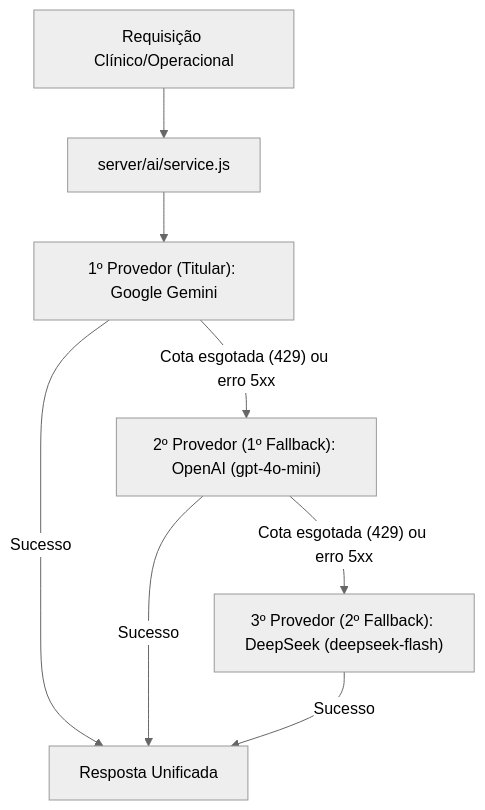
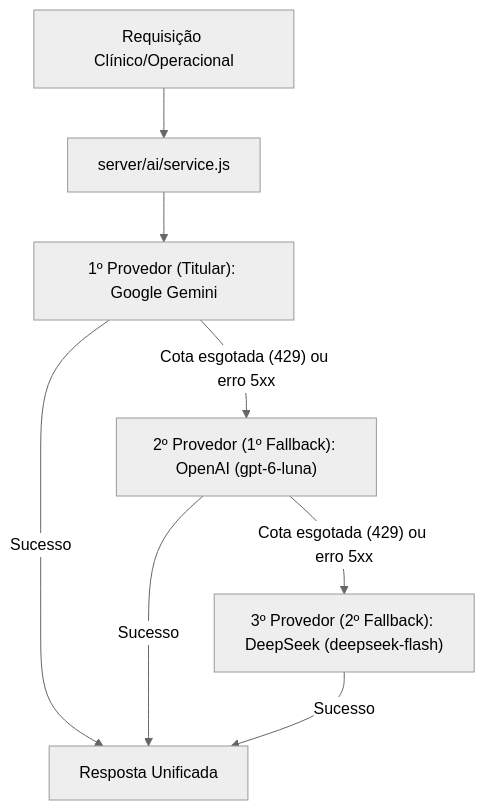
Before and after one commit to renancunhasousa/Nutrisa: the diagram in docs/reference/ai-providers-fallback.md, drawn with Mermaid (neutral theme). The commit also changed other lines of this file and 142 other files, not shown here.

````diff
--- a/docs/reference/ai-providers-fallback.md
+++ b/docs/reference/ai-providers-fallback.md
@@ -13,10 +13,10 @@
 ```mermaid
 flowchart TD
     Req["Requisição Clínico/Operacional"] --> Srv["server/ai/service.js"]
     Srv --> G1["1º Provedor (Titular): Google Gemini"]
-    G1 -- "Cota esgotada (429) ou erro 5xx" --> OA["2º Provedor (1º Fallback): OpenAI (gpt-4o-mini)"]
+    G1 -- "Cota esgotada (429) ou erro 5xx" --> OA["2º Provedor (1º Fallback): OpenAI (gpt-6-luna)"]
     OA -- "Cota esgotada (429) ou erro 5xx" --> DS["3º Provedor (2º Fallback): DeepSeek (deepseek-flash)"]
     G1 -- "Sucesso" --> Resp["Resposta Unificada"]
     OA -- "Sucesso" --> Resp
     DS -- "Sucesso" --> Resp
 ```
````
